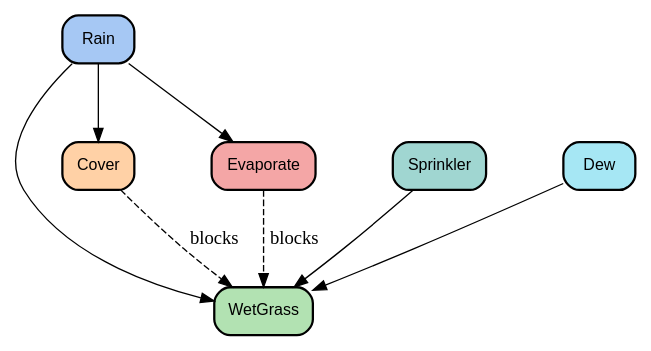
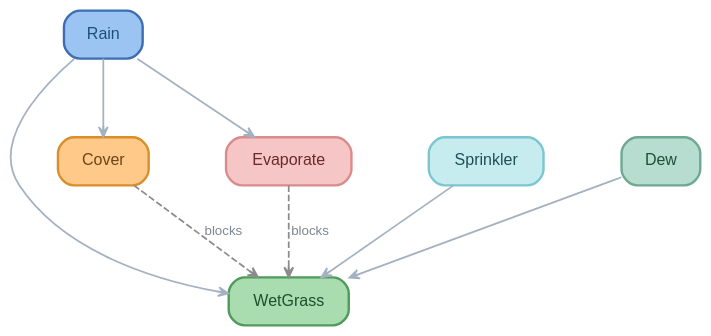
The first of 5 diagrams in .claude/templates/graphviz.template.md (causify-ai/helpers), drawn with Graphviz before and after one commit. The commit also changed other lines of this file and 4 other files, not shown here.

````diff
--- a/.claude/templates/graphviz.template.md
+++ b/.claude/templates/graphviz.template.md
@@ -63,30 +80,46 @@
 ```graphviz
 digraph Sprinkler {
-    splines=true;
+    bgcolor="transparent";
+    pad="0.15";
+    splines=spline;
     nodesep=0.8;
     ranksep=0.8;
 
-    node [shape=box, style="rounded,filled", fontname="Helvetica", fontsize=12, penwidth=1.7];
+    node [shape=box,
+          style="rounded,filled",
+          penwidth=1.8,
+          fontname="Helvetica",
+          fontsize=12,
+          margin="0.22,0.14",
+          height=0.50];
+
+    edge [color="#A3B1C0",
+          penwidth=1.3,
+          arrowhead=vee,
+          arrowsize=0.75,
+          fontname="Helvetica",
+          fontsize=10,
+          fontcolor="#7B8794"];
 
     // Nodes
-    Rain       [label="Rain", fillcolor="#A6C8F4"];
-    WetGrass   [label="WetGrass", fillcolor="#B2E2B2"];
-    Cover      [label="Cover", fillcolor="#FFD1A6"];
-    Evaporate  [label="Evaporate", fillcolor="#F4A6A6"];
-    Sprinkler  [label="Sprinkler", fillcolor="#A0D6D1"];
-    Dew        [label="Dew", fillcolor="#A6E7F4"];
+    Rain       [label="Rain", fillcolor="#9CC4F2", color="#3C6FB0", fontcolor="#1F4E79"];
+    WetGrass   [label="WetGrass", fillcolor="#A9DDB0", color="#4F9A5C", fontcolor="#1F4E2E"];
+    Cover      [label="Cover", fillcolor="#FFC98A", color="#D98E2B", fontcolor="#6B4517"];
+    Evaporate  [label="Evaporate", fillcolor="#F6C6C6", color="#D98C8C", fontcolor="#6B2A2A"];
+    Sprinkler  [label="Sprinkler", fillcolor="#C7ECF0", color="#7CC6D0", fontcolor="#1F4E56"];
+    Dew        [label="Dew", fillcolor="#B7DDD0", color="#6FA890", fontcolor="#1F4E39"];
 
     // Force ranks
     { rank=same; Cover; Evaporate; }
     { rank=same; Sprinkler; Dew; }
 
     // Edges
     Rain -> WetGrass;
     Rain -> Cover;
     Rain -> Evaporate;
-    Cover -> WetGrass [label="blocks", style=dashed];
-    Evaporate -> WetGrass [label="blocks", style=dashed];
+    Cover -> WetGrass [label="blocks", style=dashed, color="#8C8C8C"];
+    Evaporate -> WetGrass [label="blocks", style=dashed, color="#8C8C8C"];
     Sprinkler -> WetGrass;
     Dew -> WetGrass;
 }
 ```
````
